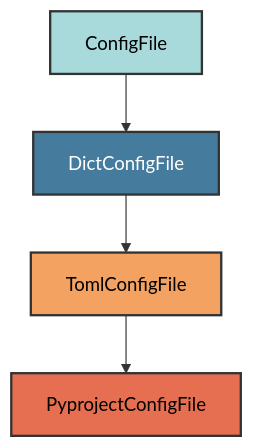
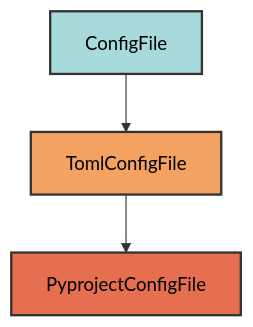
The first of 2 diagrams in docs/configs/pyproject.md (Winipedia/pyrig), drawn with Mermaid before and after one commit. The commit also changed other lines of this file and 2 other files, not shown here.

````diff
--- a/docs/configs/pyproject.md
+++ b/docs/configs/pyproject.md
@@ -19,11 +19,9 @@
 ```mermaid
 graph TD
-    A[ConfigFile] --> B[DictConfigFile]
-    B --> C[TomlConfigFile]
-    C --> D[PyprojectConfigFile]
+    A[ConfigFile] --> B[TomlConfigFile]
+    B --> C[PyprojectConfigFile]
 
     style A fill:#a8dadc,stroke:#333,stroke-width:2px,color:#000
-    style B fill:#457b9d,stroke:#333,stroke-width:2px,color:#fff
-    style C fill:#f4a261,stroke:#333,stroke-width:2px,color:#000
-    style D fill:#e76f51,stroke:#333,stroke-width:2px,color:#000
+    style B fill:#f4a261,stroke:#333,stroke-width:2px,color:#000
+    style C fill:#e76f51,stroke:#333,stroke-width:2px,color:#000
 ```
````
